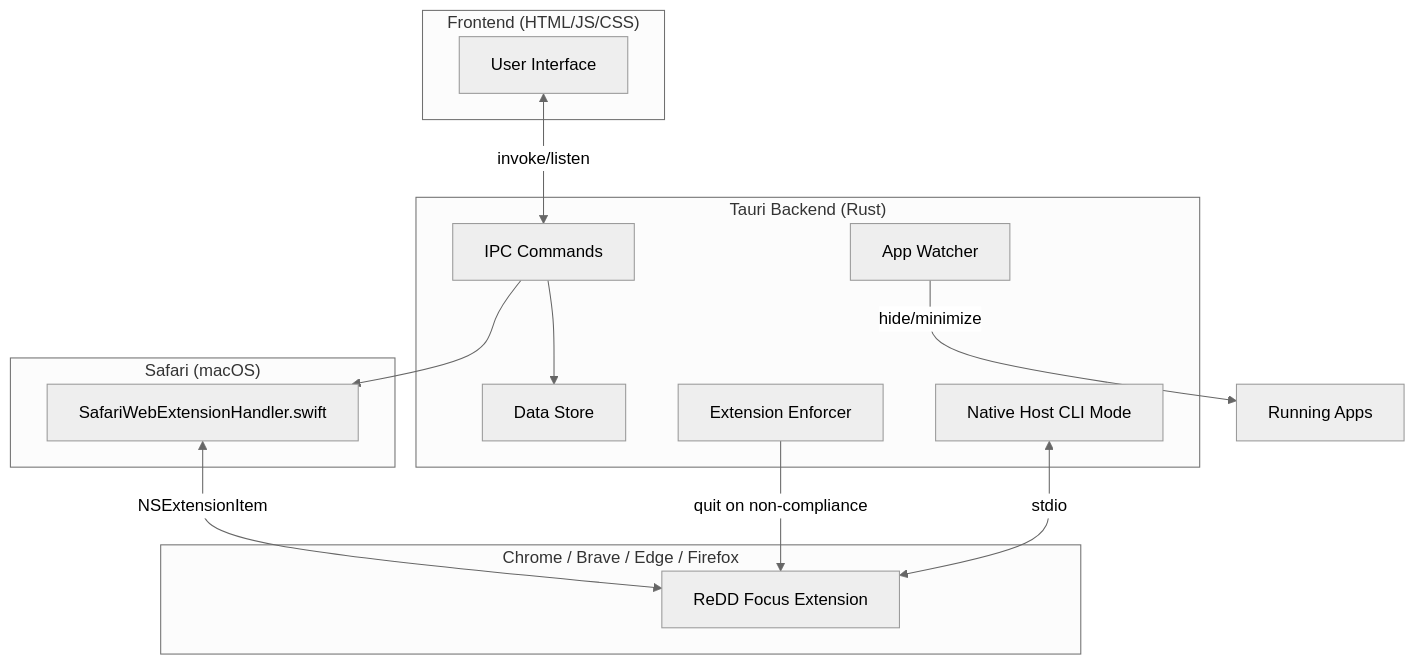
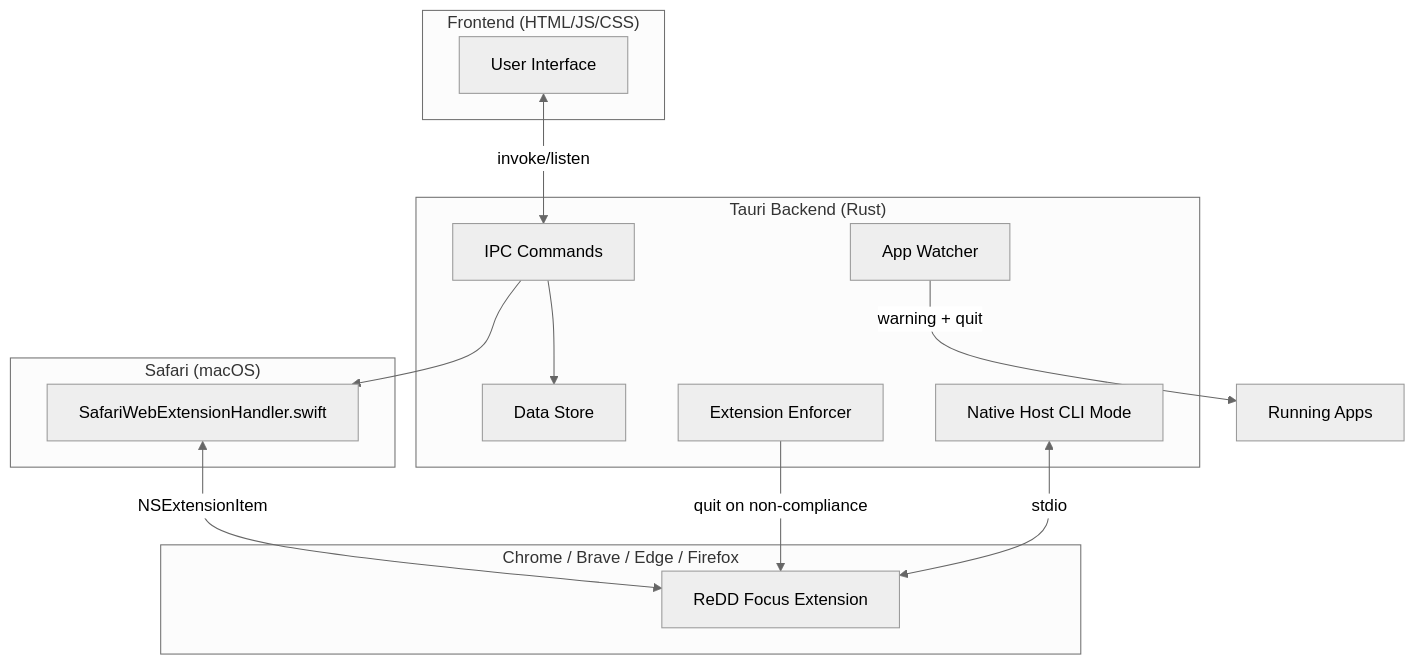
Before and after one commit to kasnder/redd-block: the first of 2 diagrams in README.md, drawn with Mermaid (neutral theme). The commit also changed other lines of this file, not shown here.

First line of the commit message:
Update README for v2 extension architecture accuracy.

````diff
--- a/README.md
+++ b/README.md
@@ -48,30 +52,30 @@
 ```mermaid
 flowchart TB
     subgraph Frontend["Frontend (HTML/JS/CSS)"]
         UI[User Interface]
     end
 
     subgraph Tauri["Tauri Backend (Rust)"]
         IPC[IPC Commands]
         Data[Data Store]
         Watcher[App Watcher]
         Enforcer[Extension Enforcer]
         Host[Native Host CLI Mode]
     end
 
     subgraph Browsers["Chrome / Brave / Edge / Firefox"]
         Ext[ReDD Focus Extension]
     end
 
     subgraph Safari["Safari (macOS)"]
         SafariHandler[SafariWebExtensionHandler.swift]
     end
 
     UI <-->|invoke/listen| IPC
     IPC --> Data
     Host <-->|stdio| Ext
     SafariHandler <-->|NSExtensionItem| Ext
     IPC --> SafariHandler
     Enforcer -->|quit on non-compliance| Ext
-    Watcher -->|hide/minimize| Apps[Running Apps]
+    Watcher -->|warning + quit| Apps[Running Apps]
 ```
````
